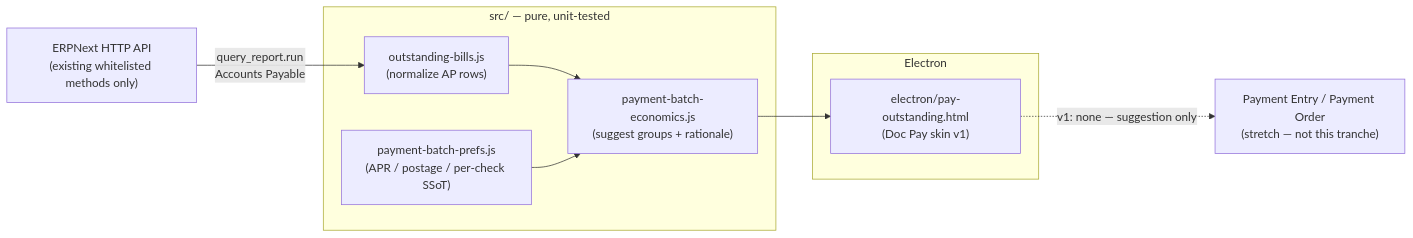
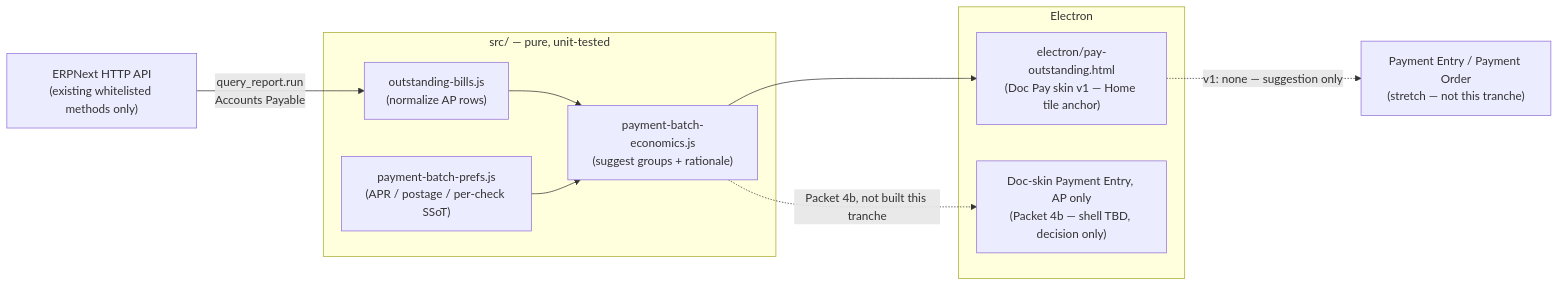
One commit to 5zorro/erpnext-ui-app changed the diagram in docs/implementation-plan-2026-09-03.md. Above: the diagram before and after it, drawn with Mermaid. The commit also changed other lines of this file, not shown here.

First line of the commit message:
docs: lock Home + Payment Entry form as entry points (reject workspace/list)

````diff
--- a/docs/implementation-plan-2026-09-03.md
+++ b/docs/implementation-plan-2026-09-03.md
@@ -75,17 +75,19 @@
 ```mermaid
 flowchart LR
   subgraph pure ["src/ — pure, unit-tested"]
     Fetch["outstanding-bills.js\n(normalize AP rows)"]
     Econ["payment-batch-economics.js\n(suggest groups + rationale)"]
     Prefs["payment-batch-prefs.js\n(APR / postage / per-check SSoT)"]
   end
   subgraph shell ["Electron"]
-    Page["electron/pay-outstanding.html\n(Doc Pay skin v1)"]
+    Page["electron/pay-outstanding.html\n(Doc Pay skin v1 — Home tile anchor)"]
+    PEForm["Doc-skin Payment Entry, AP only\n(Packet 4b — shell TBD, decision only)"]
   end
   ERP["ERPNext HTTP API\n(existing whitelisted methods only)"]
   ERP -->|"query_report.run\nAccounts Payable"| Fetch
   Fetch --> Econ
   Prefs --> Econ
   Econ --> Page
+  Econ -.->|"Packet 4b, not built this tranche"| PEForm
   Page -.->|"v1: none — suggestion only"| Write["Payment Entry / Payment Order\n(stretch — not this tranche)"]
 ```
````
